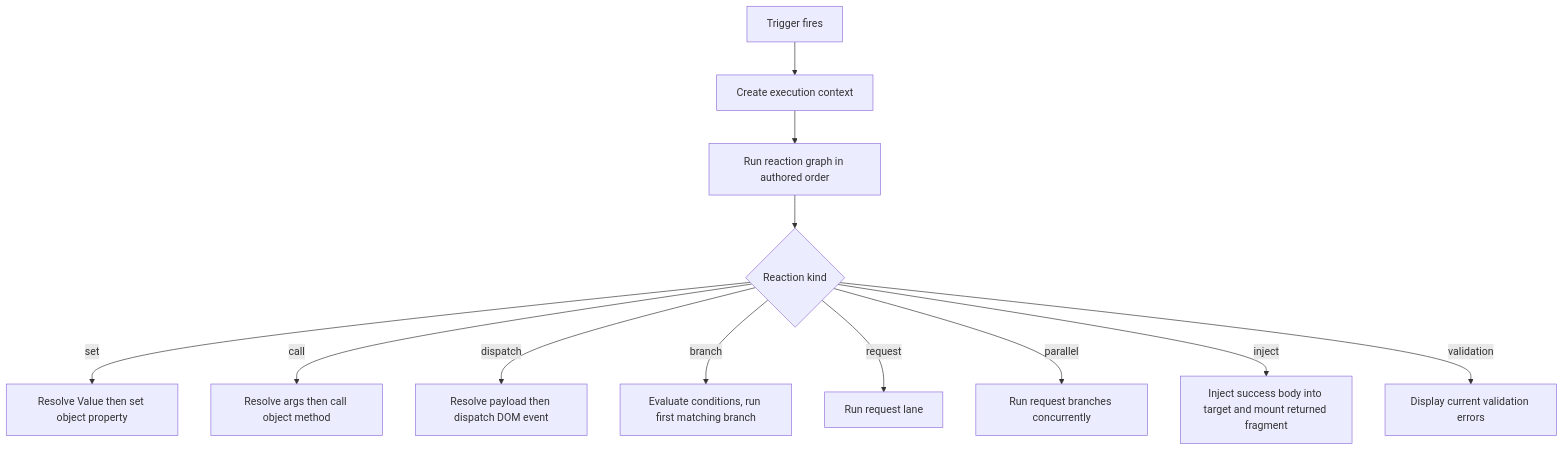
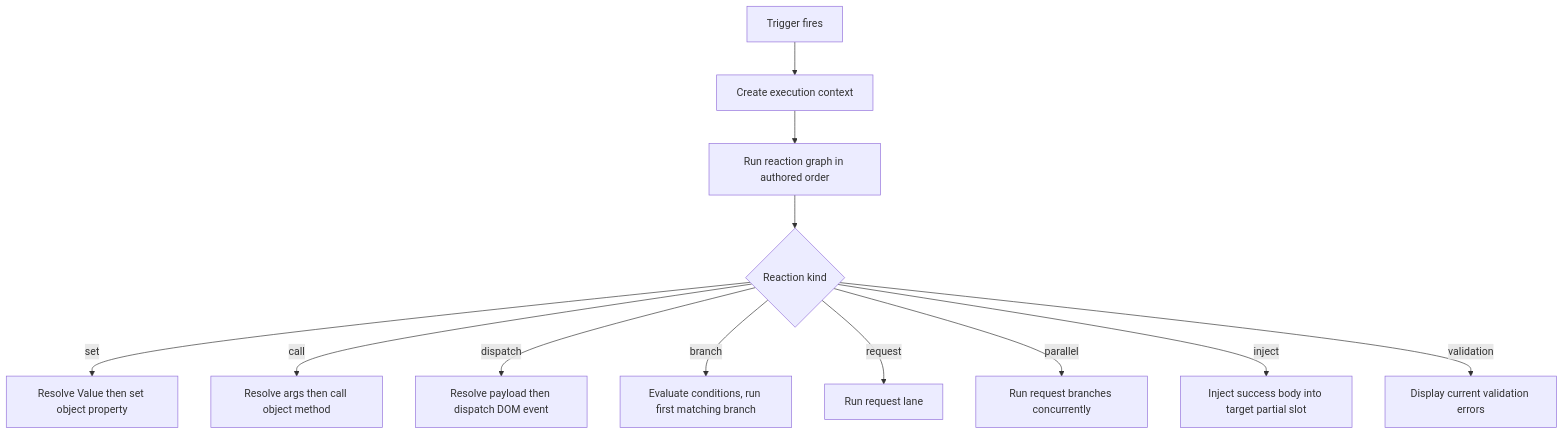
The fourth of 8 diagrams in docs/design/reactive-plan-domain-design.md (marafiq/alis-reactive), drawn with Mermaid before and after one commit. The commit also changed other lines of this file and 6 other files, not shown here.

Commit message:
Recompose partial slot plans

````diff
--- a/docs/design/reactive-plan-domain-design.md
+++ b/docs/design/reactive-plan-domain-design.md
@@ -181,14 +182,14 @@
 ```mermaid
 flowchart TD
     A[Trigger fires] --> B[Create execution context]
     B --> C[Run reaction graph in authored order]
     C --> D{Reaction kind}
     D -->|set| E[Resolve Value then set object property]
     D -->|call| F[Resolve args then call object method]
     D -->|dispatch| G[Resolve payload then dispatch DOM event]
     D -->|branch| H[Evaluate conditions, run first matching branch]
     D -->|request| I[Run request lane]
     D -->|parallel| J[Run request branches concurrently]
-    D -->|inject| K[Inject success body into target and mount returned fragment]
+    D -->|inject| K[Inject success body into target partial slot]
     D -->|validation| L[Display current validation errors]
 ```
````
